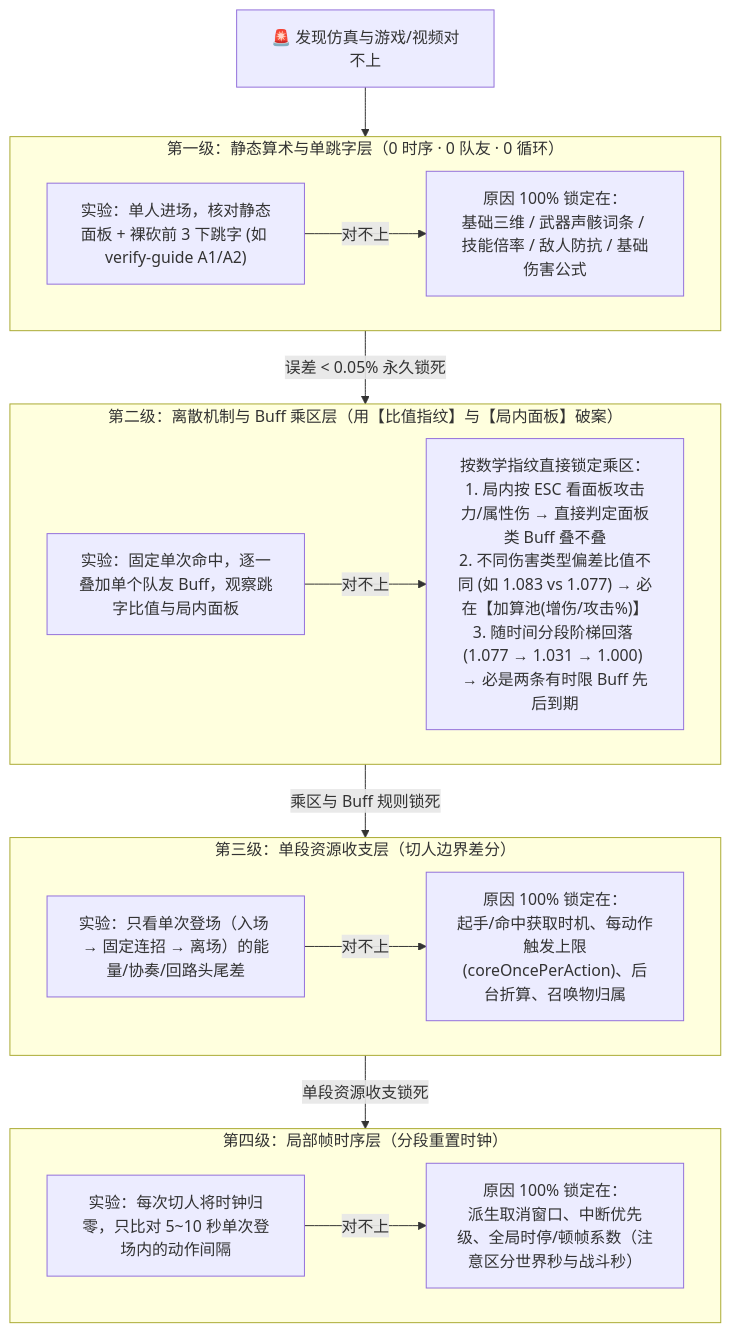
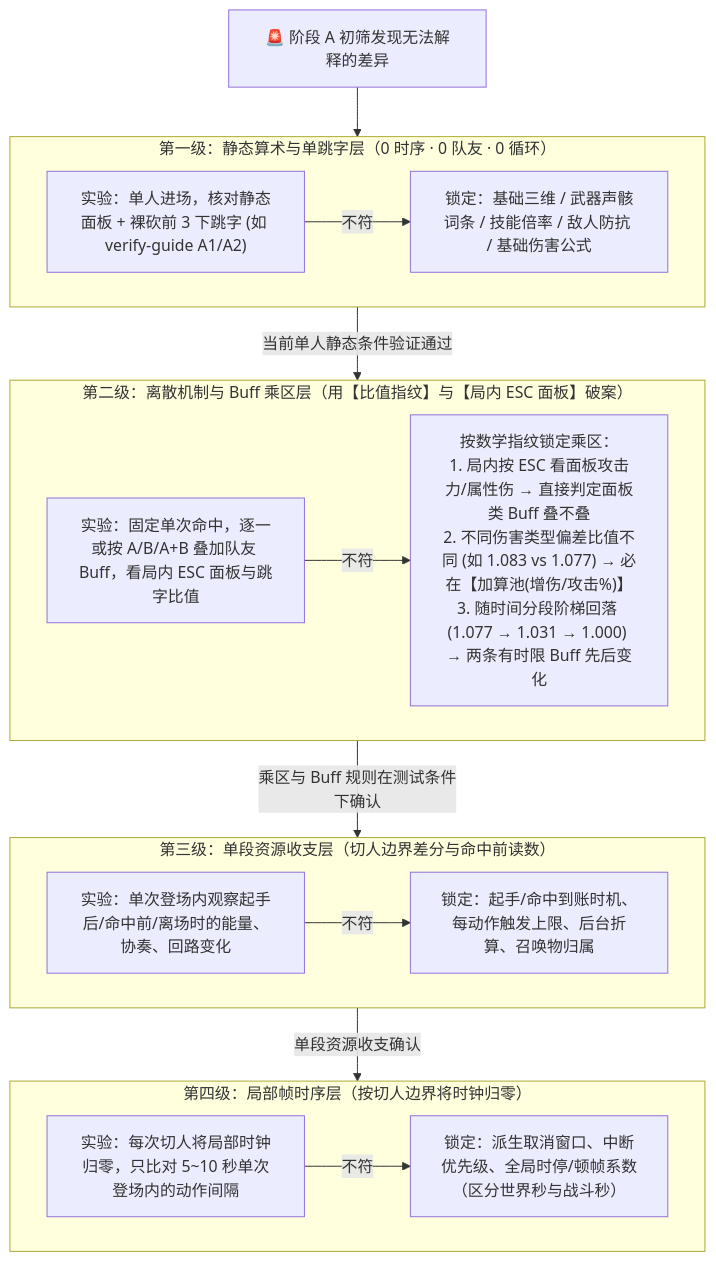
One commit to everbird/ww-dps-sim changed the second of 2 diagrams in docs/overall-review-antigravity-20261108.md. Above: the diagram before and after it, drawn with Mermaid. The commit also changed other lines of this file and 8 other files, not shown here.

````diff
--- a/docs/overall-review-antigravity-20261108.md
+++ b/docs/overall-review-antigravity-20261108.md
@@ -231,30 +218,30 @@
 ```mermaid
 flowchart TD
-    Start["🚨 发现仿真与游戏/视频对不上"] --> Stage1
+    Start["🚨 阶段 A 初筛发现无法解释的差异"] --> Stage1
 
     subgraph Stage1["第一级：静态算术与单跳字层（0 时序 · 0 队友 · 0 循环）"]
         S1_Check["实验：单人进场，核对静态面板 + 裸砍前 3 下跳字 (如 verify-guide A1/A2)"]
-        S1_Check -->|对不上| S1_Fix["原因 100% 锁定在：<br/>基础三维 / 武器声骸词条 / 技能倍率 / 敌人防抗 / 基础伤害公式"]
+        S1_Check -->|不符| S1_Fix["锁定：基础三维 / 武器声骸词条 / 技能倍率 / 敌人防抗 / 基础伤害公式"]
     end
 
-    Stage1 -->|误差 < 0.05% 永久锁死| Stage2
+    Stage1 -->|当前单人静态条件验证通过| Stage2
 
-    subgraph Stage2["第二级：离散机制与 Buff 乘区层（用【比值指纹】与【局内面板】破案）"]
-        S2_Check["实验：固定单次命中，逐一叠加单个队友 Buff，观察跳字比值与局内面板"]
-        S2_Check -->|对不上| S2_Fix["按数学指纹直接锁定乘区：<br/>1. 局内按 ESC 看面板攻击力/属性伤 → 直接判定面板类 Buff 叠不叠<br/>2. 不同伤害类型偏差比值不同 (如 1.083 vs 1.077) → 必在【加算池(增伤/攻击%)】<br/>3. 随时间分段阶梯回落 (1.077 → 1.031 → 1.000) → 必是两条有时限 Buff 先后到期"]
+    subgraph Stage2["第二级：离散机制与 Buff 乘区层（用【比值指纹】与【局内 ESC 面板】破案）"]
+        S2_Check["实验：固定单次命中，逐一或按 A/B/A+B 叠加队友 Buff，看局内 ESC 面板与跳字比值"]
+        S2_Check -->|不符| S2_Fix["按数学指纹锁定乘区：<br/>1. 局内按 ESC 看面板攻击力/属性伤 → 直接判定面板类 Buff 叠不叠<br/>2. 不同伤害类型偏差比值不同 (如 1.083 vs 1.077) → 必在【加算池(增伤/攻击%)】<br/>3. 随时间分段阶梯回落 (1.077 → 1.031 → 1.000) → 两条有时限 Buff 先后变化"]
     end
 
-    Stage2 -->|乘区与 Buff 规则锁死| Stage3
+    Stage2 -->|乘区与 Buff 规则在测试条件下确认| Stage3
 
-    subgraph Stage3["第三级：单段资源收支层（切人边界差分）"]
-        S3_Check["实验：只看单次登场（入场 → 固定连招 → 离场）的能量/协奏/回路头尾差"]
-        S3_Check -->|对不上| S3_Fix["原因 100% 锁定在：<br/>起手/命中获取时机、每动作触发上限(coreOncePerAction)、后台折算、召唤物归属"]
+    subgraph Stage3["第三级：单段资源收支层（切人边界差分与命中前读数）"]
+        S3_Check["实验：单次登场内观察起手后/命中前/离场时的能量、协奏、回路变化"]
+        S3_Check -->|不符| S3_Fix["锁定：起手/命中到账时机、每动作触发上限、后台折算、召唤物归属"]
     end
 
-    Stage3 -->|单段资源收支锁死| Stage4
+    Stage3 -->|单段资源收支确认| Stage4
 
-    subgraph Stage4["第四级：局部帧时序层（分段重置时钟）"]
-        S4_Check["实验：每次切人将时钟归零，只比对 5~10 秒单次登场内的动作间隔"]
-        S4_Check -->|对不上| S4_Fix["原因 100% 锁定在：<br/>派生取消窗口、中断优先级、全局时停/顿帧系数（注意区分世界秒与战斗秒）"]
+    subgraph Stage4["第四级：局部帧时序层（按切人边界将时钟归零）"]
+        S4_Check["实验：每次切人将局部时钟归零，只比对 5~10 秒单次登场内的动作间隔"]
+        S4_Check -->|不符| S4_Fix["锁定：派生取消窗口、中断优先级、全局时停/顿帧系数（区分世界秒与战斗秒）"]
     end
 ```
````
